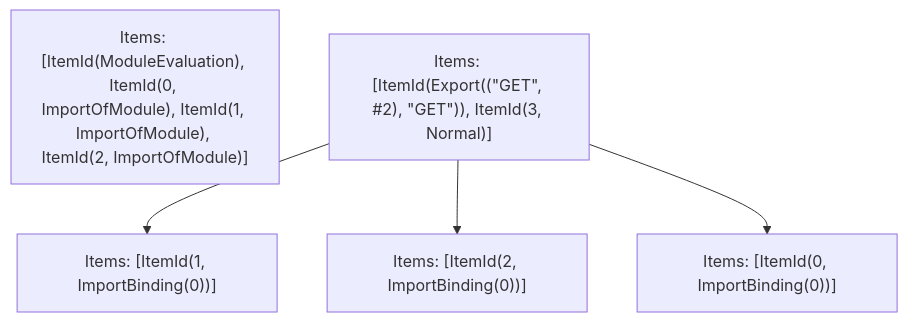
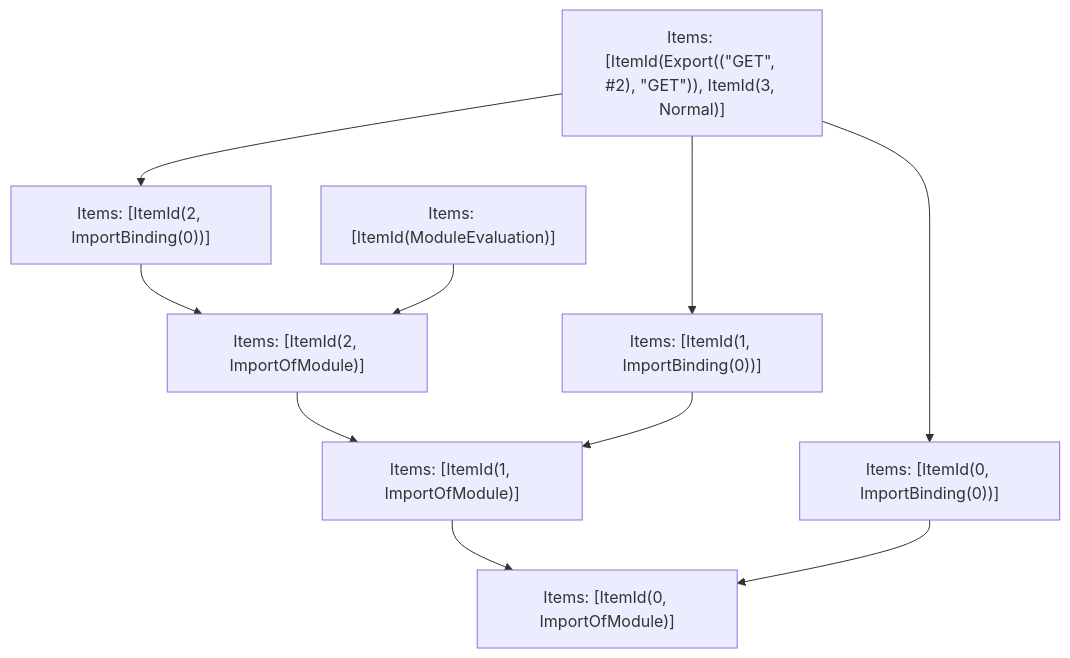
The fifth of 5 diagrams in turbopack/crates/turbopack-ecmascript/tests/tree-shaker/analyzer/typeof-1/output.md (Dreitt/nextt), drawn with Mermaid before and after one commit. The commit also changed other lines of this file and 19 other files, not shown here.

````diff
--- a/turbopack/crates/turbopack-ecmascript/tests/tree-shaker/analyzer/typeof-1/output.md
+++ b/turbopack/crates/turbopack-ecmascript/tests/tree-shaker/analyzer/typeof-1/output.md
@@ -162,11 +162,20 @@
 ```mermaid
 graph TD
-    N0["Items: [ItemId(ModuleEvaluation), ItemId(0, ImportOfModule), ItemId(1, ImportOfModule), ItemId(2, ImportOfModule)]"];
+    N0["Items: [ItemId(ModuleEvaluation)]"];
     N1["Items: [ItemId(Export((&quot;GET&quot;, #2), &quot;GET&quot;)), ItemId(3, Normal)]"];
-    N2["Items: [ItemId(0, ImportBinding(0))]"];
-    N3["Items: [ItemId(1, ImportBinding(0))]"];
-    N4["Items: [ItemId(2, ImportBinding(0))]"];
+    N2["Items: [ItemId(0, ImportOfModule)]"];
+    N3["Items: [ItemId(0, ImportBinding(0))]"];
+    N4["Items: [ItemId(1, ImportOfModule)]"];
+    N5["Items: [ItemId(1, ImportBinding(0))]"];
+    N6["Items: [ItemId(2, ImportOfModule)]"];
+    N7["Items: [ItemId(2, ImportBinding(0))]"];
+    N4 --> N2;
+    N6 --> N4;
+    N7 --> N6;
+    N1 --> N7;
+    N1 --> N5;
     N1 --> N3;
-    N1 --> N4;
-    N1 --> N2;
+    N0 --> N6;
+    N3 --> N2;
+    N5 --> N4;
 ```
````
